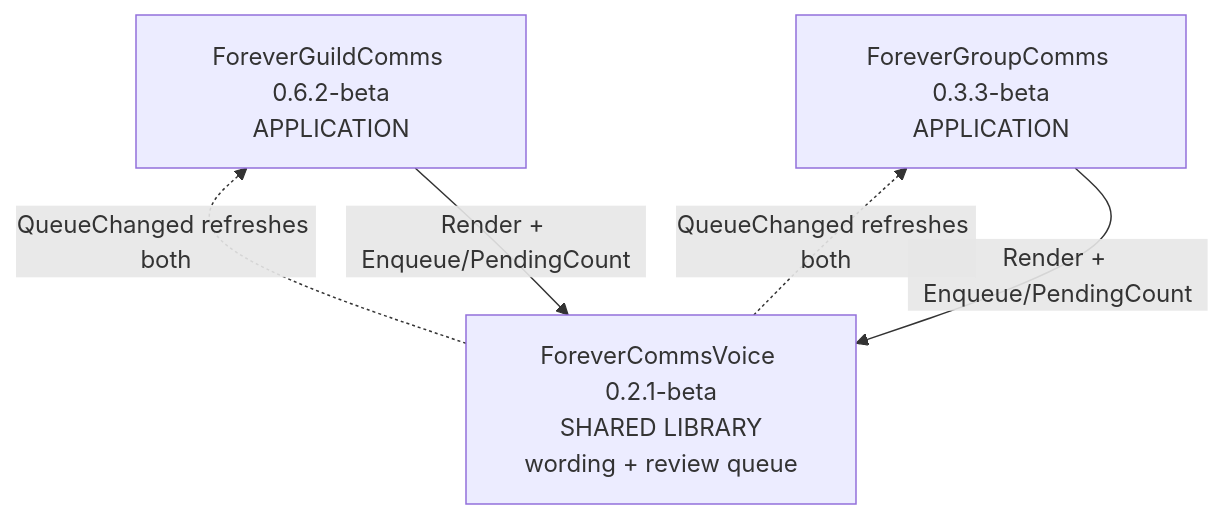
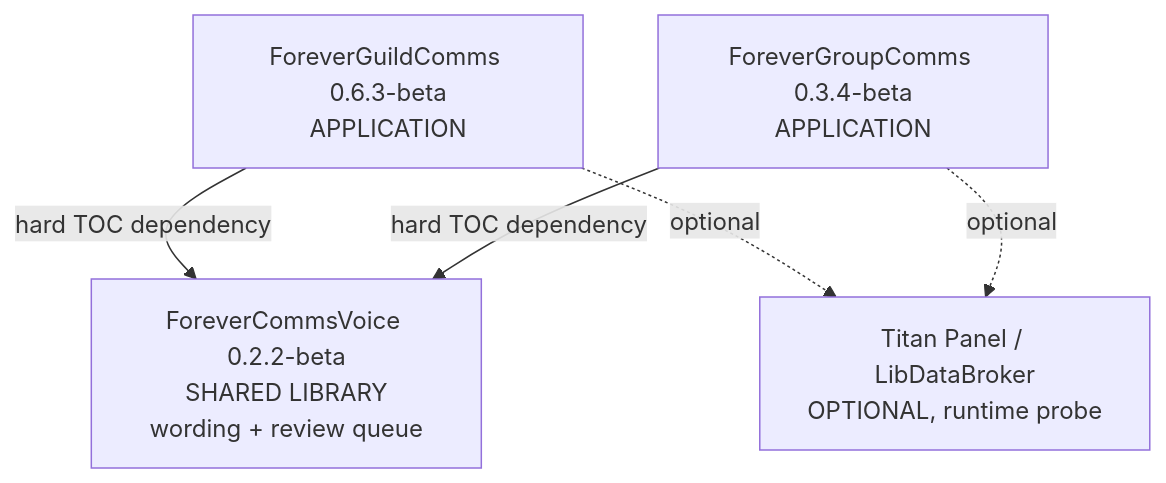
Before and after one commit to mreillyorg/ForeverCommsBundle: the diagram in aidlc-docs/inception/reverse-engineering/component-inventory.md, drawn with Mermaid. The commit also changed other lines of this file and 30 other files, not shown here.

````diff
--- a/aidlc-docs/inception/reverse-engineering/component-inventory.md
+++ b/aidlc-docs/inception/reverse-engineering/component-inventory.md
@@ -122,10 +162,11 @@
 ```mermaid
-flowchart BT
-    Voice["ForeverCommsVoice 0.2.1-beta<br/>SHARED LIBRARY<br/>wording + review queue"]
-    Guild["ForeverGuildComms 0.6.2-beta<br/>APPLICATION"]
-    Group["ForeverGroupComms 0.3.3-beta<br/>APPLICATION"]
-    Guild -->|"Render + Enqueue/PendingCount"| Voice
-    Group -->|"Render + Enqueue/PendingCount"| Voice
-    Voice -.->|"QueueChanged refreshes both"| Guild
-    Voice -.->|"QueueChanged refreshes both"| Group
+graph TD
+    Voice["ForeverCommsVoice 0.2.2-beta<br/>SHARED LIBRARY<br/>wording + review queue"]
+    Guild["ForeverGuildComms 0.6.3-beta<br/>APPLICATION"]
+    Group["ForeverGroupComms 0.3.4-beta<br/>APPLICATION"]
+    Titan["Titan Panel / LibDataBroker<br/>OPTIONAL, runtime probe"]
+    Guild -->|hard TOC dependency| Voice
+    Group -->|hard TOC dependency| Voice
+    Guild -.->|optional| Titan
+    Group -.->|optional| Titan
 ```
````
